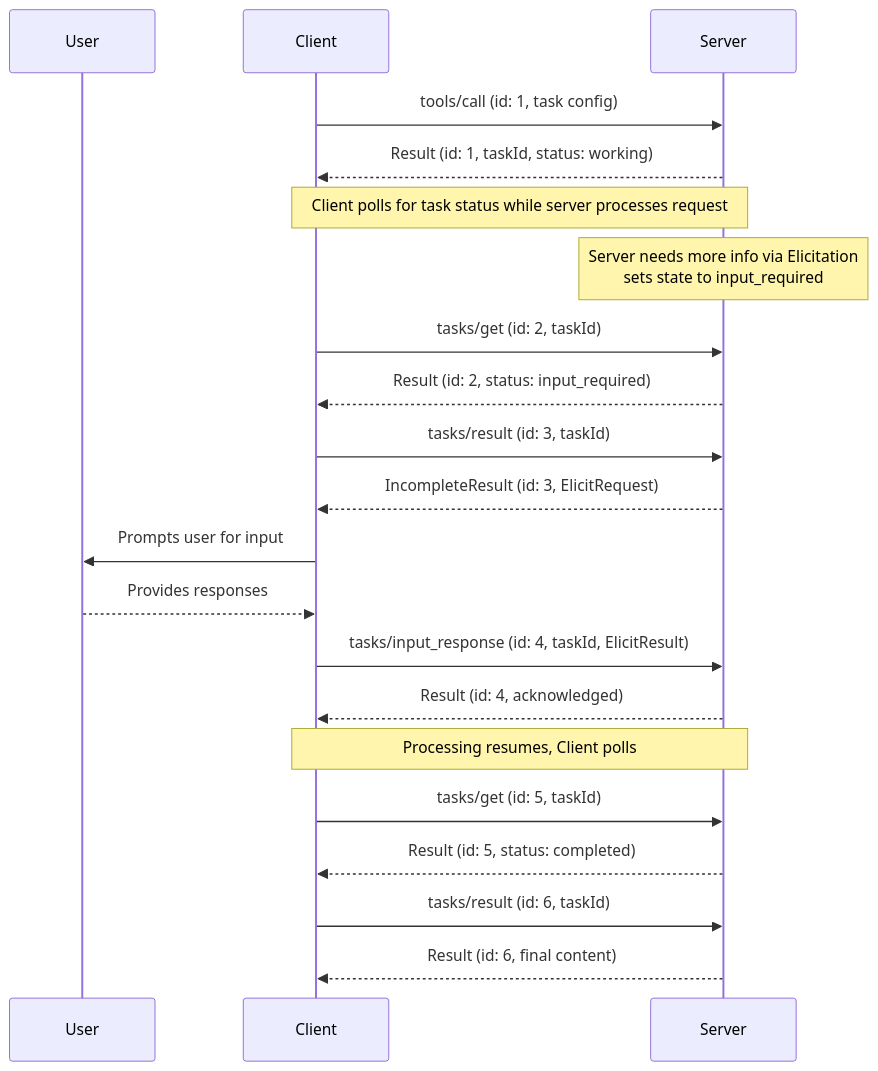
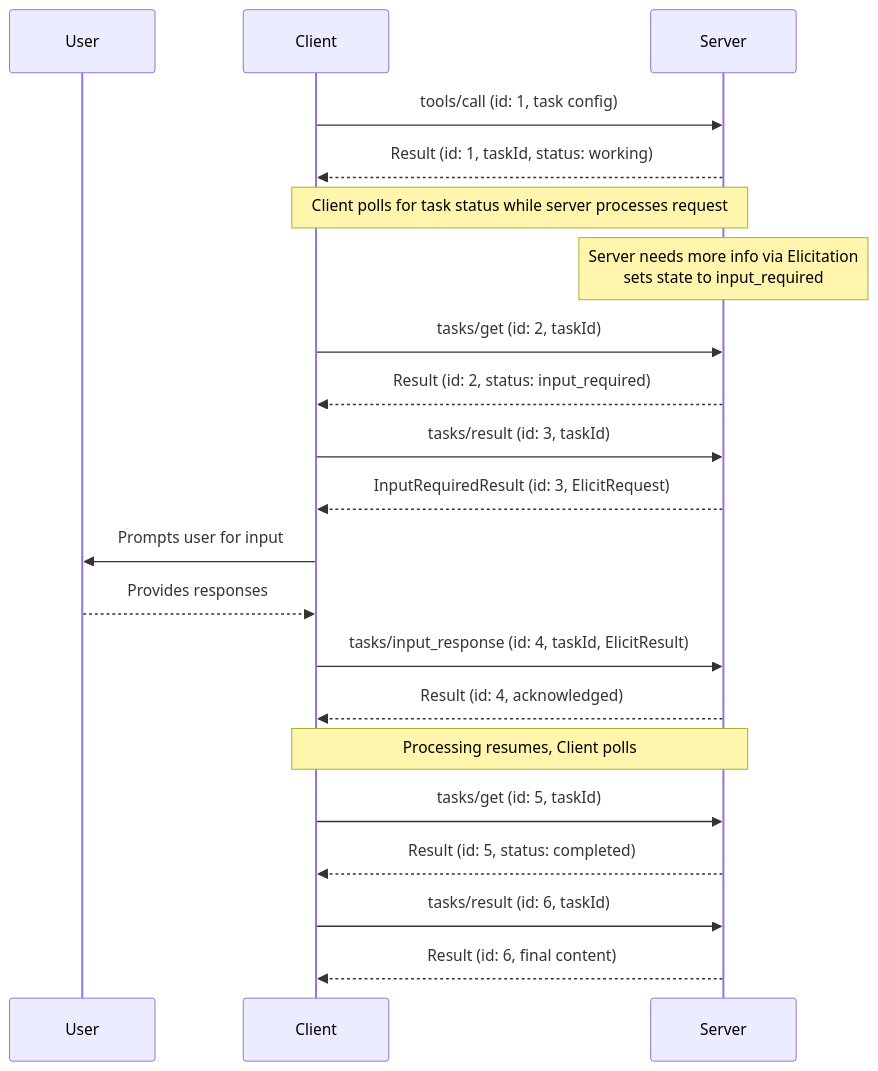
Before and after one commit to modelcontextprotocol/modelcontextprotocol: the third of 3 diagrams in docs/specification/draft/basic/utilities/mrtr.mdx, drawn with Mermaid. The commit also changed other lines of this file and 14 other files, not shown here.

First line of the commit message:
rename IncompleteResult to InputRequiredResult (#19)

````diff
--- a/docs/specification/draft/basic/utilities/mrtr.mdx
+++ b/docs/specification/draft/basic/utilities/mrtr.mdx
@@ -255,30 +255,30 @@
 ```mermaid
 sequenceDiagram
     participant U as User
     participant C as Client
     participant S as Server
     C->>S: tools/call (id: 1, task config)
     S-->>C: Result (id: 1, taskId, status: working)
 
     note over C,S: Client polls for task status while server processes request
 
     note over S: Server needs more info via Elicitation <br/> sets state to input_required
     C->>S: tasks/get (id: 2, taskId)
     S-->>C: Result (id: 2, status: input_required)
 
     C->>S: tasks/result (id: 3, taskId)
-    S-->>C: IncompleteResult (id: 3, ElicitRequest)
+    S-->>C: InputRequiredResult (id: 3, ElicitRequest)
 
     C->>U: Prompts user for input
     U-->>C: Provides responses
 
     C->>S: tasks/input_response (id: 4, taskId, ElicitResult)
     S-->>C: Result (id: 4, acknowledged)
 
     note over C,S: Processing resumes, Client polls
     C->>S: tasks/get (id: 5, taskId)
     S-->>C: Result (id: 5, status: completed)
 
     C->>S: tasks/result (id: 6, taskId)
     S-->>C: Result (id: 6, final content)
 ```
````
